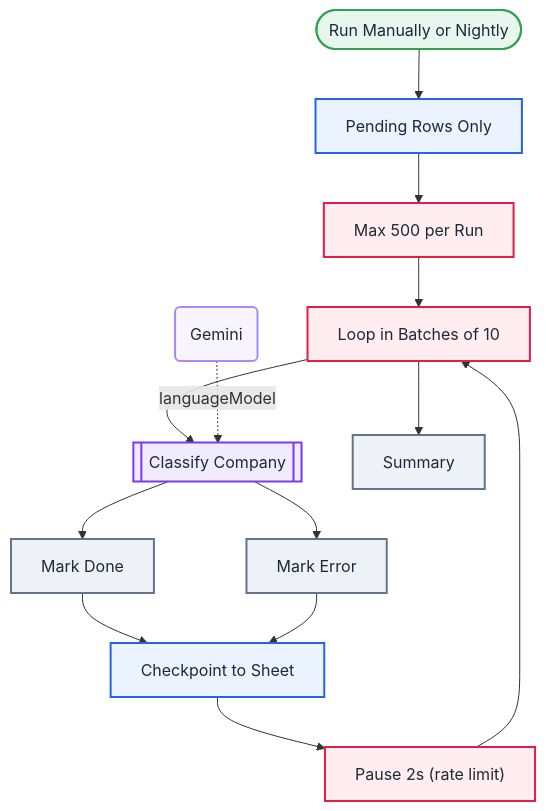
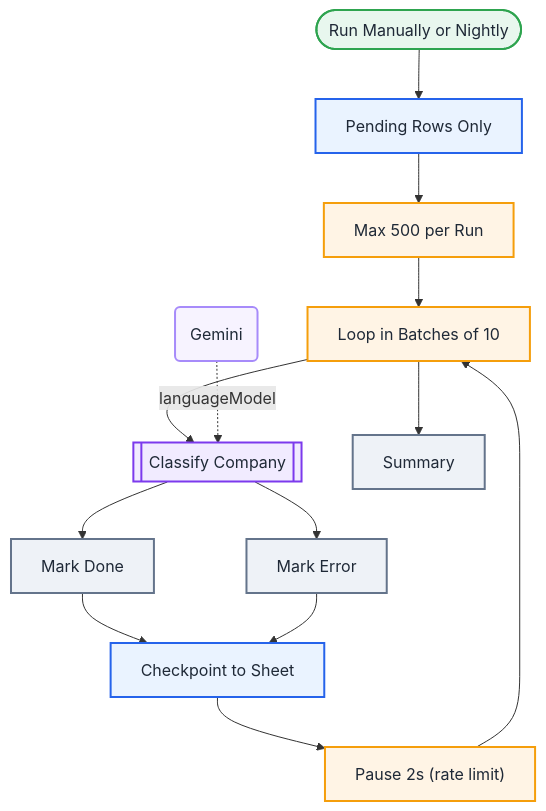
Before and after one commit to callme-siva/n8n-knowledge: the diagram in workflows/P05-bulk-ai-enrichment-checkpointed/README.md, drawn with Mermaid. The commit also changed 27 other files, not shown here.

````diff
--- a/workflows/P05-bulk-ai-enrichment-checkpointed/README.md
+++ b/workflows/P05-bulk-ai-enrichment-checkpointed/README.md
@@ -25,34 +25,34 @@
 ```mermaid
 flowchart TB
   n0(["Run Manually or Nightly"]):::trigger
   n1["Pending Rows Only"]:::data
-  n2["Max 500 per Run"]:::msg
-  n3["Loop in Batches of 10"]:::msg
+  n2["Max 500 per Run"]:::logic
+  n3["Loop in Batches of 10"]:::logic
   n4[["Classify Company"]]:::ai
   n5("Gemini"):::sub
   n6["Mark Done"]:::code
   n7["Mark Error"]:::code
   n8["Checkpoint to Sheet"]:::data
-  n9["Pause 2s (rate limit)"]:::msg
+  n9["Pause 2s (rate limit)"]:::logic
   n10["Summary"]:::code
   n0 --> n1
   n1 --> n2
   n2 --> n3
   n3 --> n10
   n3 --> n4
   n4 --> n6
   n4 --> n7
   n6 --> n8
   n7 --> n8
   n8 --> n9
   n9 --> n3
   n5 -.->|languageModel| n4
   classDef trigger fill:#E8F7EE,stroke:#2EA44F,stroke-width:2px,color:#1F2937
   classDef ai fill:#F1EBFF,stroke:#7C3AED,stroke-width:2px,color:#1F2937
   classDef sub fill:#F7F3FF,stroke:#A78BFA,stroke-width:2px,color:#1F2937
   classDef logic fill:#FFF4E5,stroke:#F59E0B,stroke-width:2px,color:#1F2937
   classDef code fill:#EEF2F7,stroke:#64748B,stroke-width:2px,color:#1F2937
   classDef data fill:#EAF3FF,stroke:#2563EB,stroke-width:2px,color:#1F2937
   classDef http fill:#E6FAF8,stroke:#0D9488,stroke-width:2px,color:#1F2937
   classDef msg fill:#FFEDEF,stroke:#E11D48,stroke-width:2px,color:#1F2937
 ```
````
